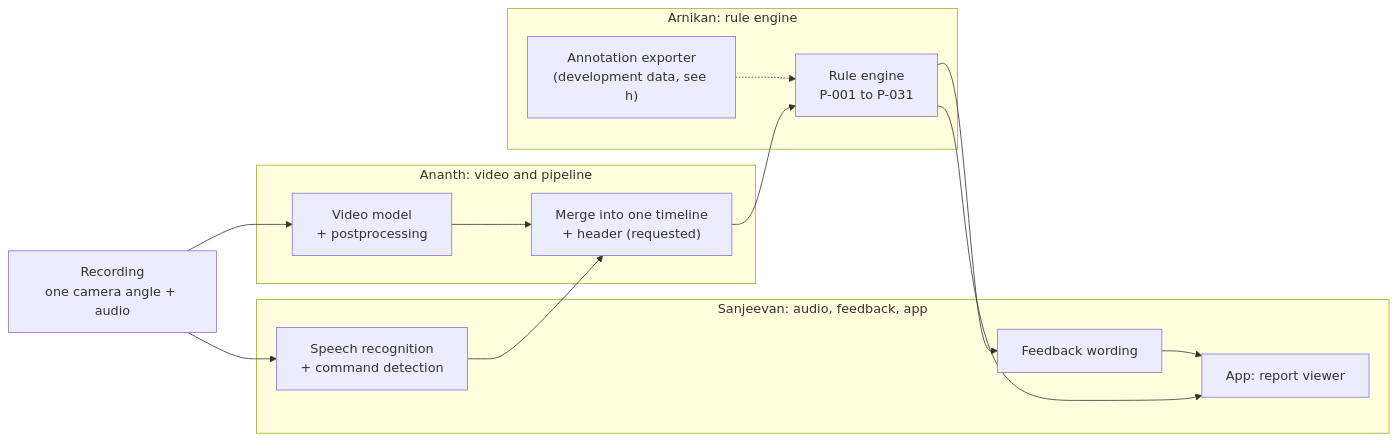
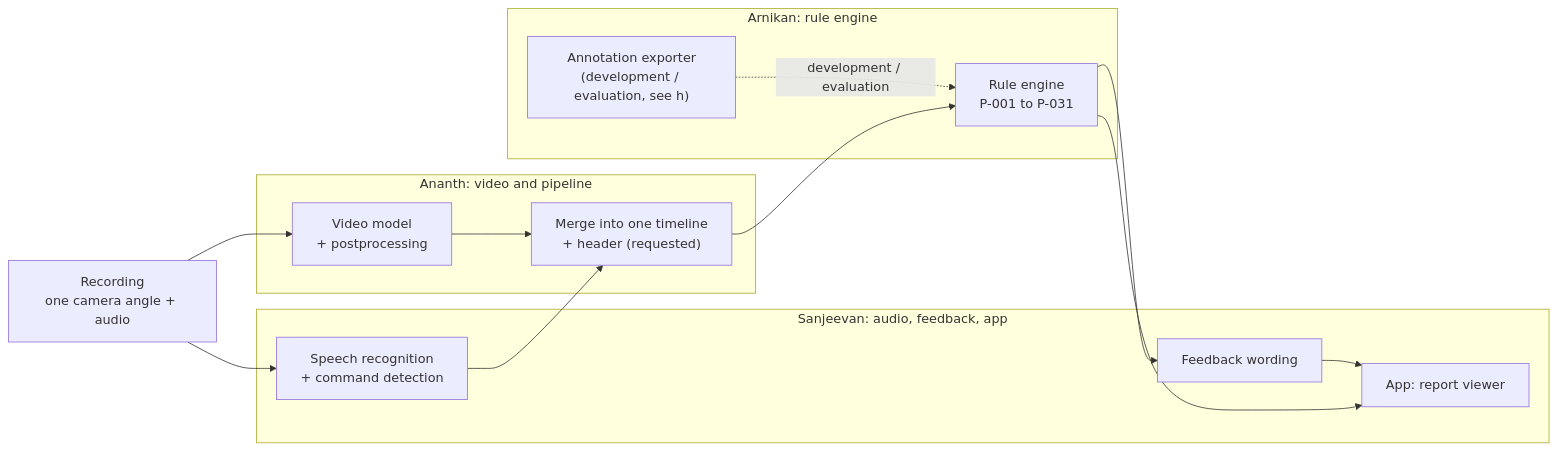
The first of 16 diagrams in docs/rule_engine/diagrams.md (ananthu65/defibrillator_research), drawn with Mermaid before and after one commit. The commit also changed other lines of this file and 24 other files, not shown here.

````diff
--- a/docs/rule_engine/diagrams.md
+++ b/docs/rule_engine/diagrams.md
@@ -9,23 +9,23 @@
 ```mermaid
 flowchart LR
     rec["Recording<br/>one camera angle + audio"]
     subgraph ananth["Ananth: video and pipeline"]
         vid["Video model<br/>+ postprocessing"]
         merge["Merge into one timeline<br/>+ header (requested)"]
     end
     subgraph sanjeevan["Sanjeevan: audio, feedback, app"]
         asr["Speech recognition<br/>+ command detection"]
         fb["Feedback wording"]
         app["App: report viewer"]
     end
     subgraph arnikan["Arnikan: rule engine"]
         eng["Rule engine<br/>P-001 to P-031"]
-        ann["Annotation exporter<br/>(development data, see h)"]
+        ann["Annotation exporter<br/>(development / evaluation, see h)"]
     end
     rec --> vid --> merge
     rec --> asr --> merge
     merge --> eng
-    ann -.-> eng
+    ann -.->|"development / evaluation"| eng
     eng --> fb --> app
     eng --> app
 ```
````
